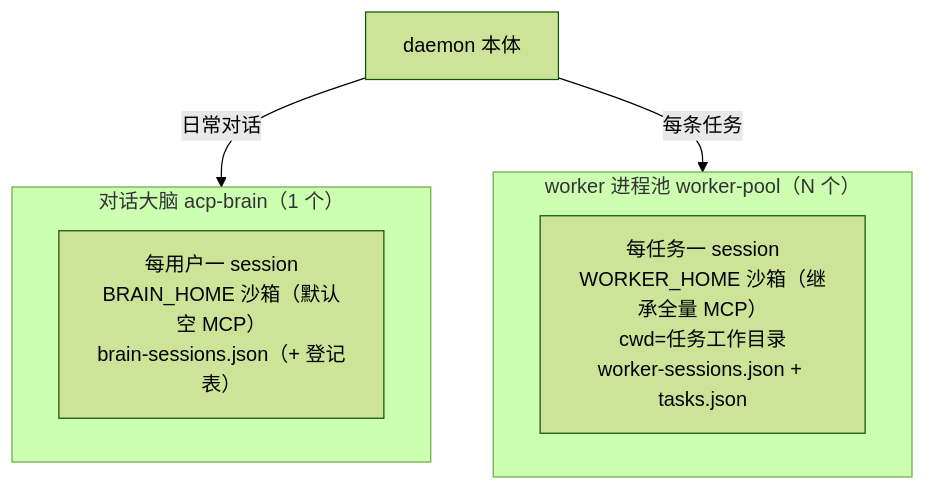
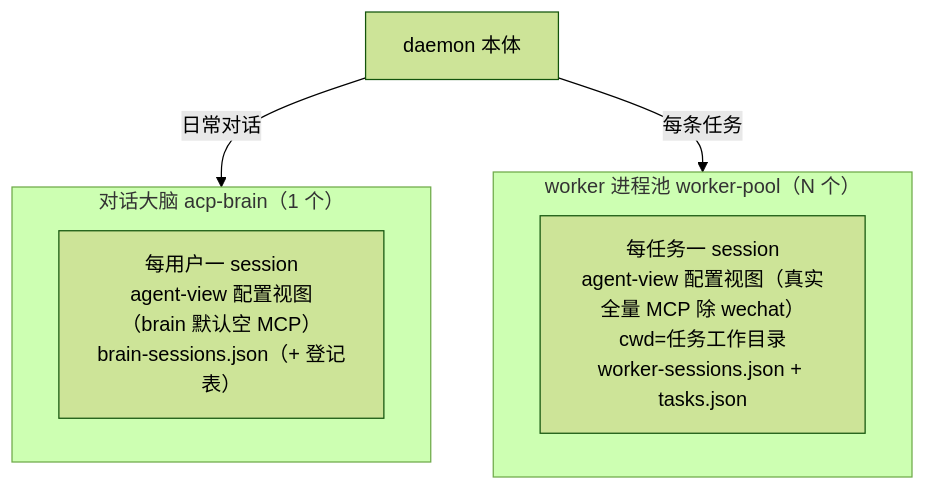
One commit to imwangpan/WeMind changed the fifth of 6 diagrams in docs/repowiki/02-系统架构.md. Above: the diagram before and after it, drawn with Mermaid (forest theme). The commit also changed other lines of this file and 88 other files, not shown here.

````diff
--- a/docs/repowiki/02-系统架构.md
+++ b/docs/repowiki/02-系统架构.md
@@ -156,12 +156,12 @@
 ```mermaid
 graph TD
     DAEMON["daemon 本体"]
     subgraph brain["对话大脑 acp-brain（1 个）"]
-        B["每用户一 session<br/>BRAIN_HOME 沙箱（默认空 MCP）<br/>brain-sessions.json（+ 登记表）"]
+        B["每用户一 session<br/>agent-view 配置视图（brain 默认空 MCP）<br/>brain-sessions.json（+ 登记表）"]
     end
     subgraph wk["worker 进程池 worker-pool（N 个）"]
-        W["每任务一 session<br/>WORKER_HOME 沙箱（继承全量 MCP）<br/>cwd=任务工作目录<br/>worker-sessions.json + tasks.json"]
+        W["每任务一 session<br/>agent-view 配置视图（真实全量 MCP 除 wechat）<br/>cwd=任务工作目录<br/>worker-sessions.json + tasks.json"]
     end
     DAEMON -->|日常对话| brain
     DAEMON -->|每条任务| wk
 ```
````
